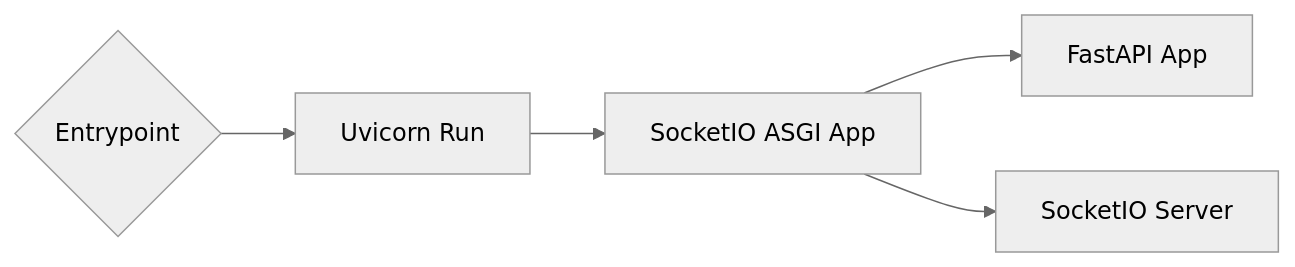
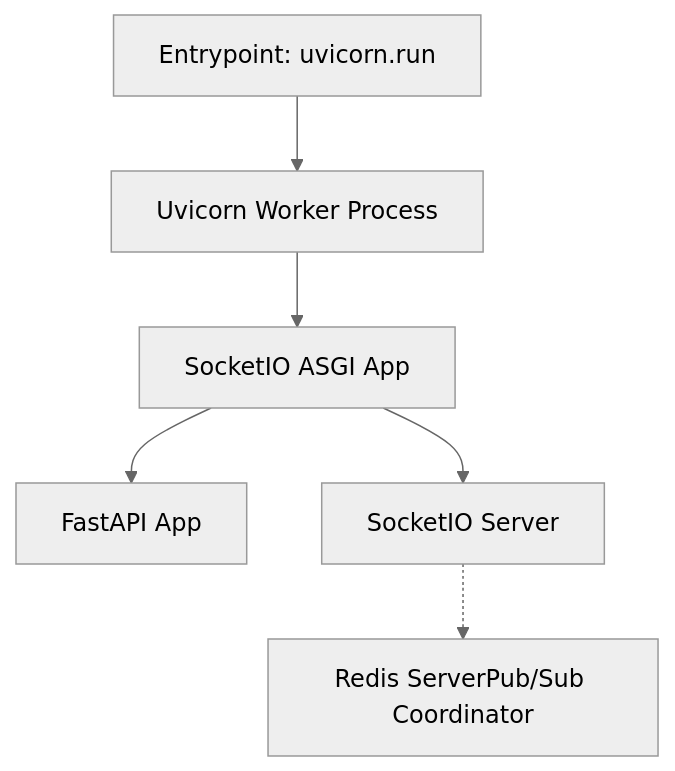
The first of 3 diagrams in README.md (karsa-oy/mascope), drawn with Mermaid (neutral theme) before and after one commit. The commit also changed other lines of this file, not shown here.

First line of the commit message:
docs: multi-worker architecture and Redis integration

````diff
--- a/README.md
+++ b/README.md
@@ -774,13 +843,15 @@
 ```mermaid
-flowchart LR
-    entry{Entrypoint}
+flowchart TB
+    entry[Entrypoint: uvicorn.run]
+    uvicorn[Uvicorn Worker Process]
+    sio_app[SocketIO ASGI App]
     fastapi[FastAPI App]
     sio[SocketIO Server]
-    sio_app[SocketIO ASGI App]
-    uvicorn[Uvicorn Run]
+    redis[Redis ServerPub/Sub Coordinator]
 
     entry --> uvicorn
     uvicorn --> sio_app
     sio_app --> fastapi
     sio_app --> sio
+    sio -.-> redis
 ```
````
